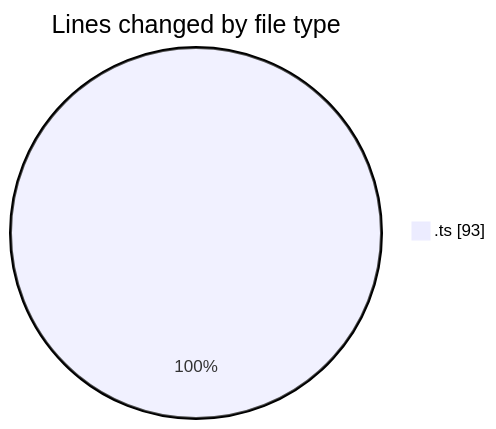
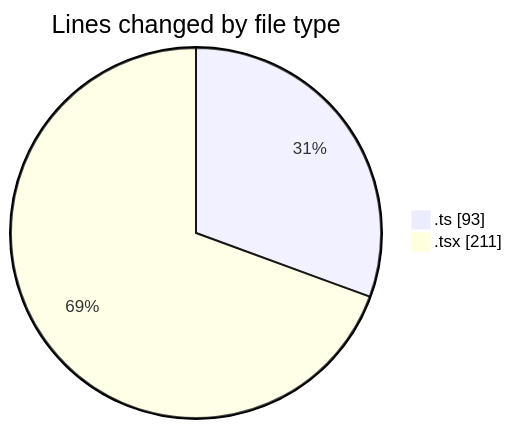
The first of 2 diagrams in 2025-03-11/audiobooks-web/README.md (robertbonfada/code-tracking), drawn with Mermaid before and after one commit. The commit also changed other lines of this file and 1 other file, not shown here.

````diff
--- a/2025-03-11/audiobooks-web/README.md
+++ b/2025-03-11/audiobooks-web/README.md
@@ -20,5 +21,6 @@
 ```mermaid
 pie showData
 title Lines changed by file type
 ".ts" : 93
+".tsx" : 211
 ```
````
